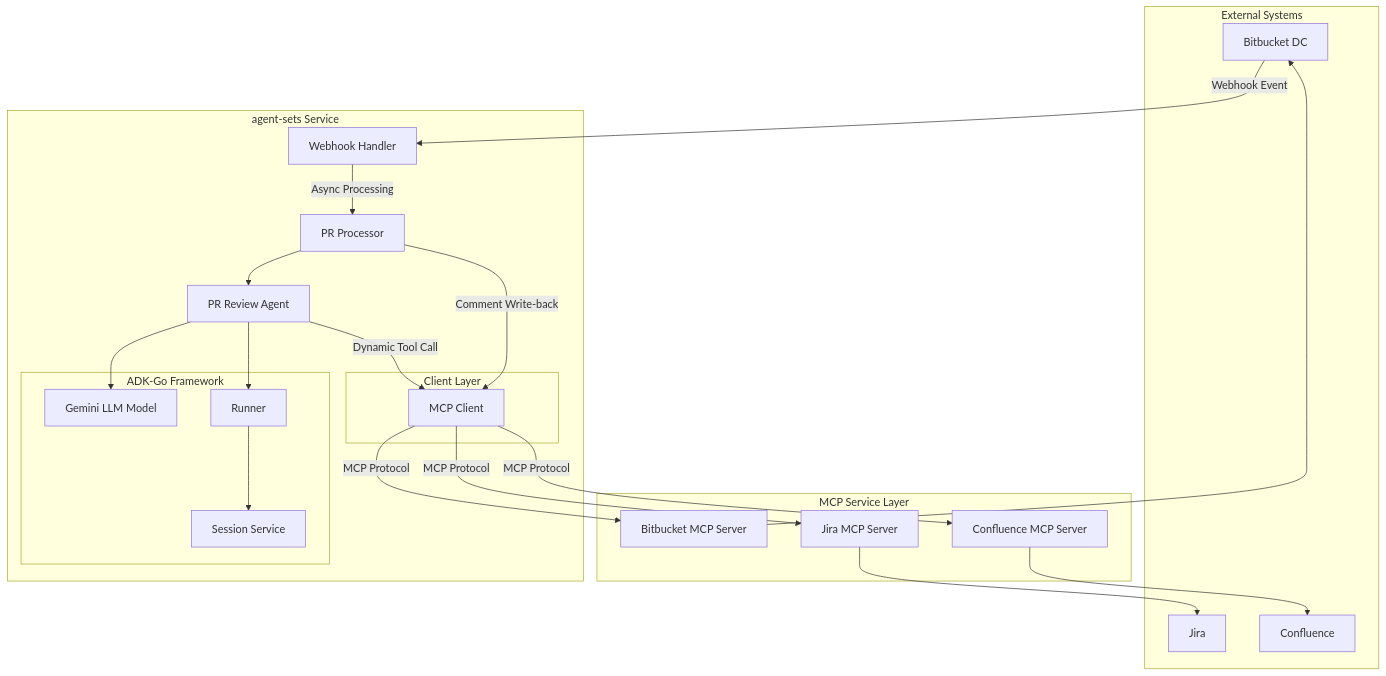
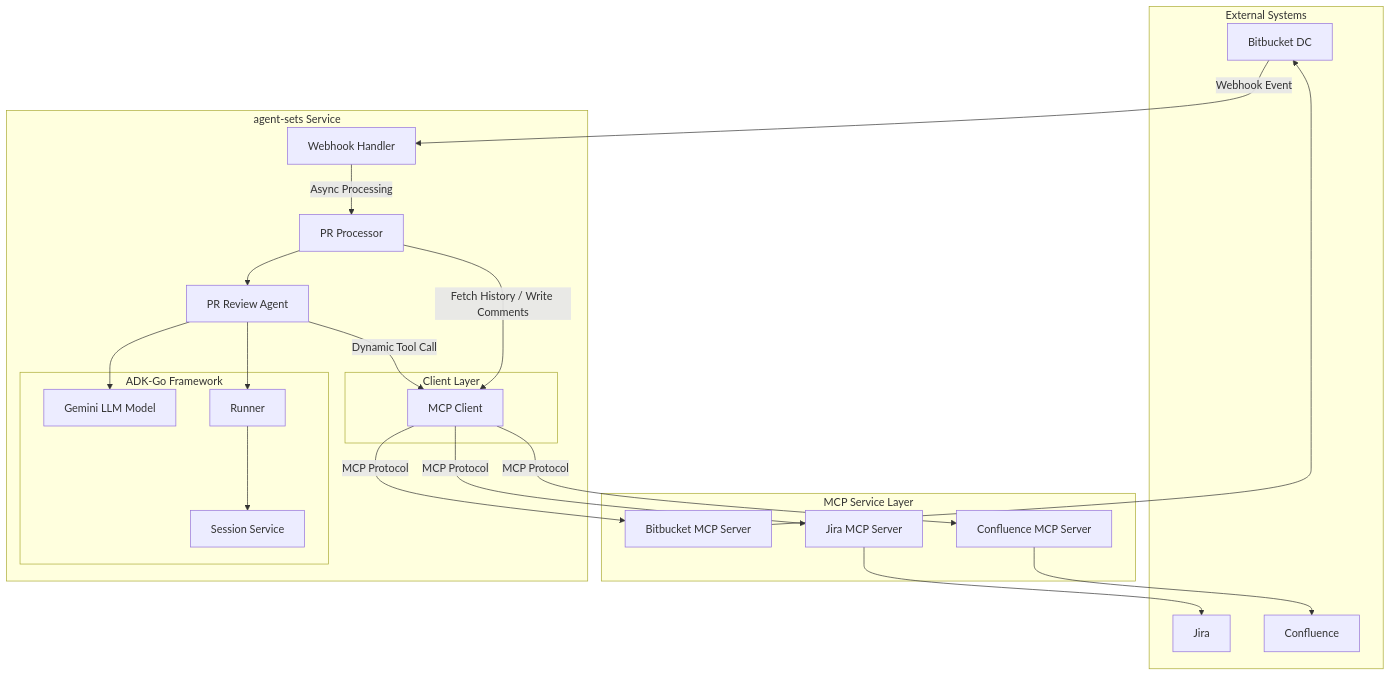
Before and after one commit to step-chen/agent-sets: the first of 2 diagrams in README.md, drawn with Mermaid. The commit also changed other lines of this file and 16 other files, not shown here.

Commit message:
feat: Implement smart AI comment deduplication in Bitbucket by fetching existing comments, adding markers, and filtering new suggestions.

````diff
--- a/README.md
+++ b/README.md
@@ -55,48 +55,48 @@
 ```mermaid
 flowchart TB
     subgraph External Systems
         BB[Bitbucket DC]
         JIRA[Jira]
         CONF[Confluence]
     end
 
     subgraph MCP Service Layer
         BB_MCP[Bitbucket MCP Server]
         JIRA_MCP[Jira MCP Server]
         CONF_MCP[Confluence MCP Server]
     end
 
     subgraph agent-sets Service
         WH[Webhook Handler]
         PROC[PR Processor]
         AGENT[PR Review Agent]
 
         subgraph Client Layer
             MCP_C[MCP Client]
         end
 
         subgraph ADK-Go Framework
             LLM[Gemini LLM Model]
             SESS[Session Service]
             RUNNER[Runner]
         end
     end
 
     BB -- Webhook Event --> WH
     WH -- Async Processing --> PROC
     PROC --> AGENT
     AGENT --> LLM
     AGENT -- Dynamic Tool Call --> MCP_C
     AGENT --> RUNNER
     RUNNER --> SESS
 
     MCP_C -- MCP Protocol --> BB_MCP
     MCP_C -- MCP Protocol --> JIRA_MCP
     MCP_C -- MCP Protocol --> CONF_MCP
 
     BB_MCP --> BB
     JIRA_MCP --> JIRA
     CONF_MCP --> CONF
 
-    PROC -- Comment Write-back --> MCP_C
+    PROC -- Fetch History / Write Comments --> MCP_C
 ```
````
